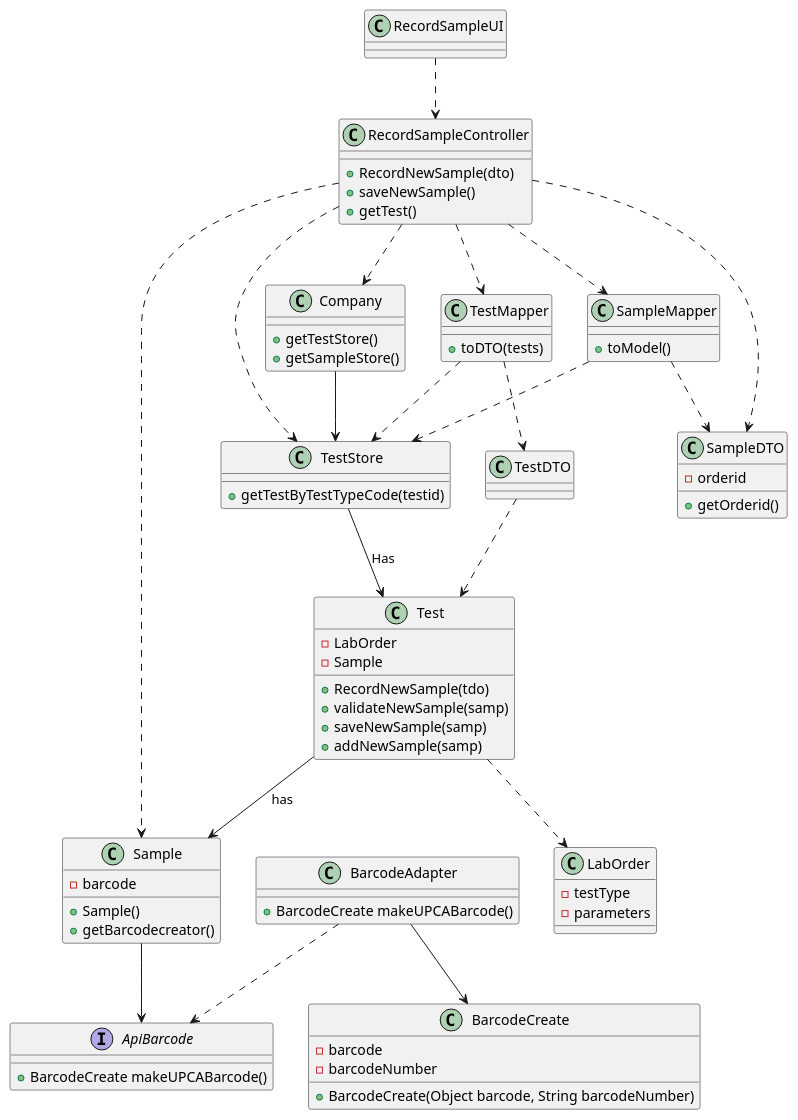
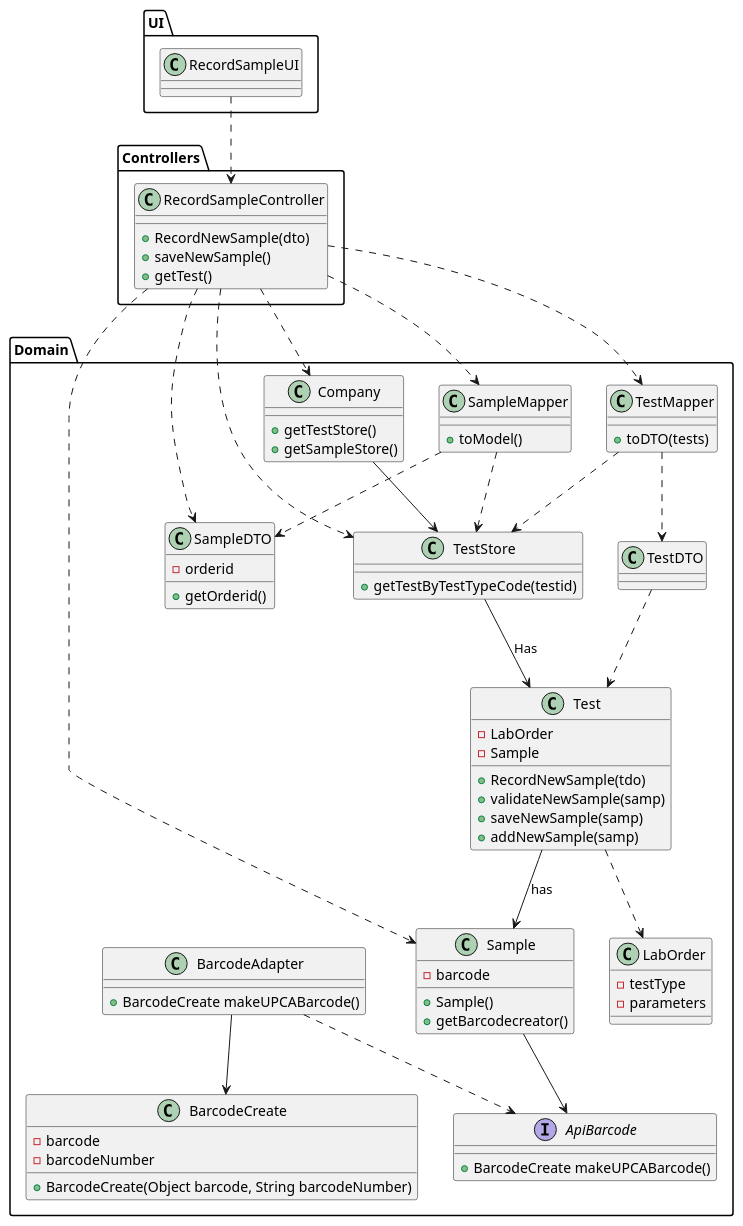
Before and after one commit to Pedromaia26/LAPR2-ISEP: the diagram in docs/SprintC/US5_RecordTheSample/CD_US005.puml, drawn with PlantUML. The commit also changed 2 other files, not shown here.

```diff
--- a/docs/SprintC/US5_RecordTheSample/CD_US005.puml
+++ b/docs/SprintC/US5_RecordTheSample/CD_US005.puml
@@ -1,83 +1,108 @@
 @startuml
+package "UI" {
+  Class RecordSampleUI
+}
+package "Controllers" {
+ Class RecordSampleController
+}
+package "Domain" {
+ Class Company
+Class Sample
+Class TestMapper
+Class SampleDTO
+Class SampleMapper
+Class TestStore
+Class Test
+Class TestDTO
+Class LabOrder
 Interface ApiBarcode
+Class BarcodeAdapter
+Class BarcodeCreate
+}
+
 
 RecordSampleUI ..> RecordSampleController
 RecordSampleController..>Company
 RecordSampleController..>Sample
 RecordSampleController..>TestMapper
 RecordSampleController..>SampleDTO
 RecordSampleController..>SampleMapper
 RecordSampleController..>TestStore
+
+
+
+
+
 
 
 
 
 RecordSampleController : +RecordNewSample(dto)
 RecordSampleController : +saveNewSample()
 RecordSampleController : +getTest()
 
 
 Test --> Sample: has
 
 Company --> TestStore
 
 TestStore : +getTestByTestTypeCode(testid)
 
 TestMapper ..> TestDTO
 TestDTO..> Test
 
 
 TestStore --> Test : Has
 SampleMapper ..> SampleDTO
 
 
 TestMapper ..> TestStore
 
 Test ..> LabOrder
 LabOrder : -testType
 LabOrder : -parameters
 
 
 TestMapper : +toDTO(tests)
 
 SampleMapper : +toModel()
 
 SampleMapper ..> TestStore
 
 Sample --> ApiBarcode
 
 BarcodeAdapter  ..> ApiBarcode
 
 BarcodeAdapter --> BarcodeCreate
 
 
 ApiBarcode : +BarcodeCreate makeUPCABarcode()
 
 BarcodeAdapter : +BarcodeCreate makeUPCABarcode()
 
 BarcodeCreate : +BarcodeCreate(Object barcode, String barcodeNumber)
 BarcodeCreate : -barcode
 BarcodeCreate : -barcodeNumber
 
 
 Company : +getTestStore()
 Company : +getSampleStore()
 
 Test : +RecordNewSample(tdo)
 Test : +validateNewSample(samp)
 Test : +saveNewSample(samp)
 Test : +addNewSample(samp)
 Test : -LabOrder
 Test : -Sample
 
 SampleDTO : +getOrderid()
 
 
 
 SampleDTO : -orderid
 
 
 Sample : +Sample()
 Sample : +getBarcodecreator()
 Sample : -barcode
 @enduml
```
